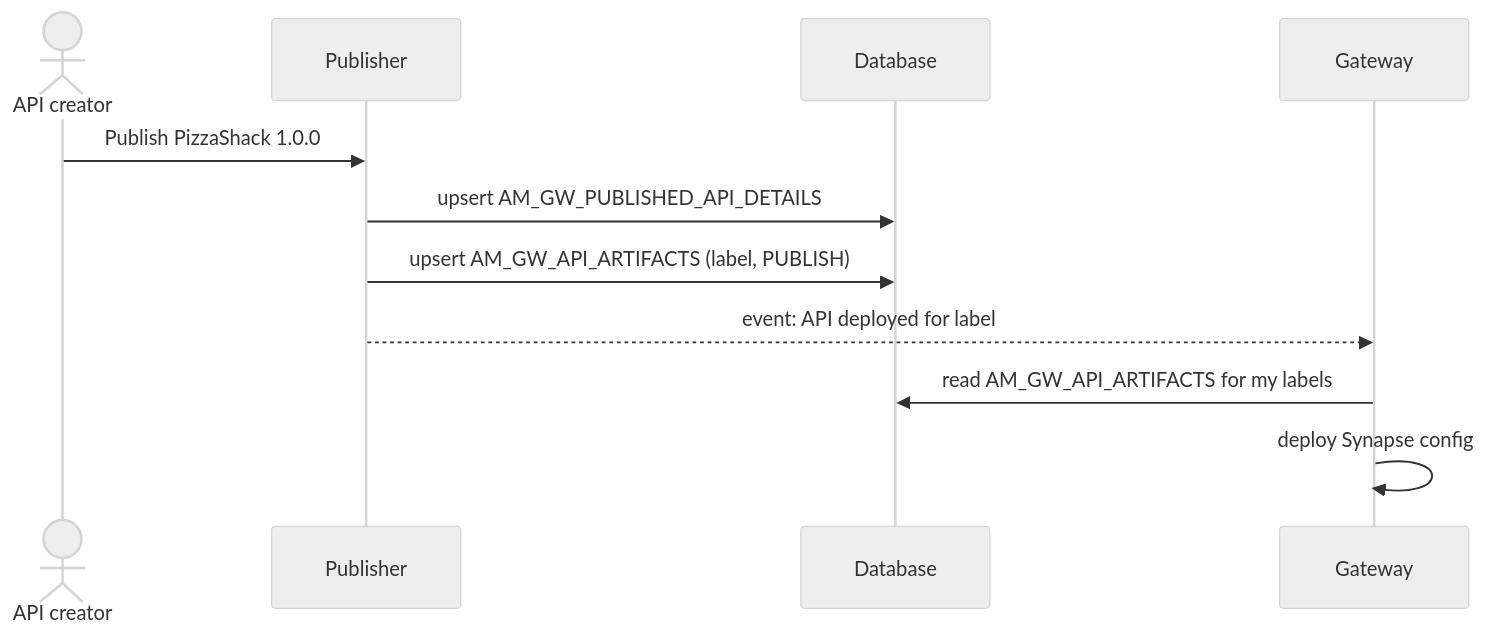
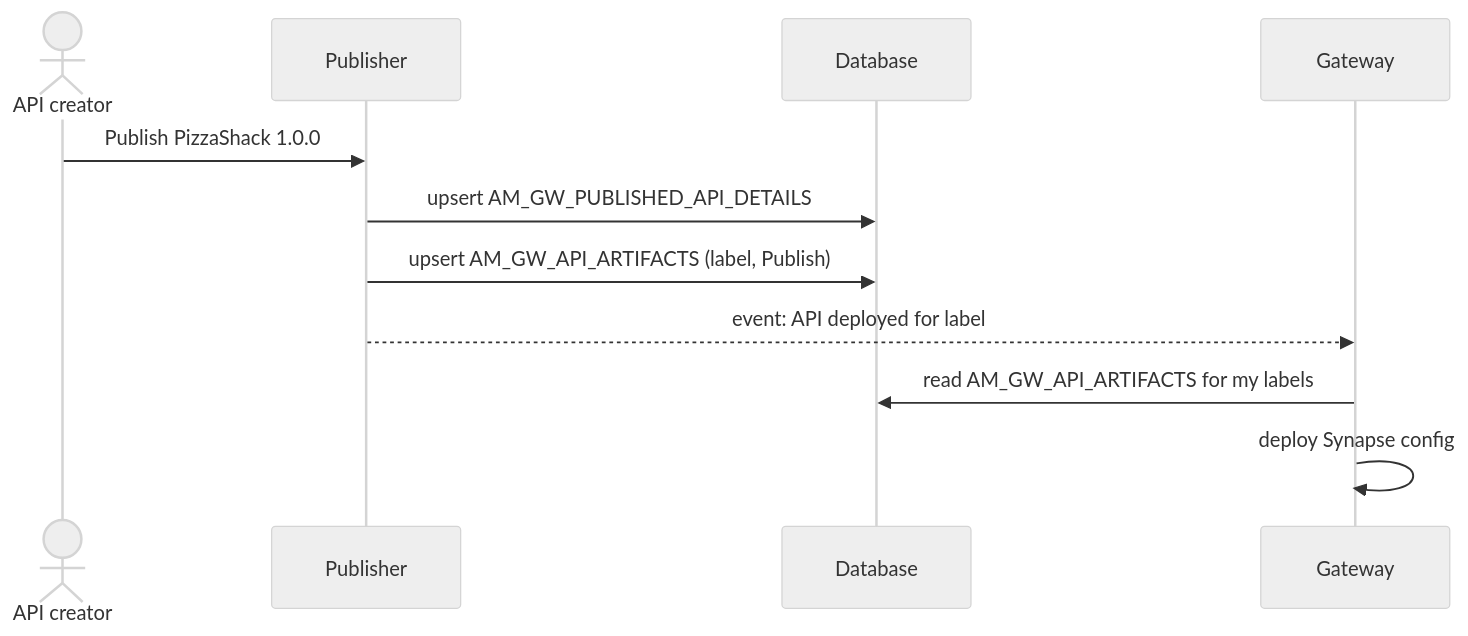
One commit to SaviNimz/apim-db-docs changed the diagram in docs/apim-3/flows/04-publish-to-gateway.md. Above: the diagram before and after it, drawn with Mermaid (neutral theme). The commit also changed other lines of this file and 55 other files, not shown here.

First line of the commit message:
Verify all core flows against running 3.2.0 and 4.7.0 servers

````diff
--- a/docs/apim-3/flows/04-publish-to-gateway.md
+++ b/docs/apim-3/flows/04-publish-to-gateway.md
@@ -12,13 +19,13 @@
 ```mermaid
 sequenceDiagram
     actor Creator as API creator
     participant Pub as Publisher
     participant DB as Database
     participant GW as Gateway
     Creator->>Pub: Publish PizzaShack 1.0.0
     Pub->>DB: upsert AM_GW_PUBLISHED_API_DETAILS
-    Pub->>DB: upsert AM_GW_API_ARTIFACTS (label, PUBLISH)
+    Pub->>DB: upsert AM_GW_API_ARTIFACTS (label, Publish)
     Pub-->>GW: event: API deployed for label
     GW->>DB: read AM_GW_API_ARTIFACTS for my labels
     GW->>GW: deploy Synapse config
 ```
````
